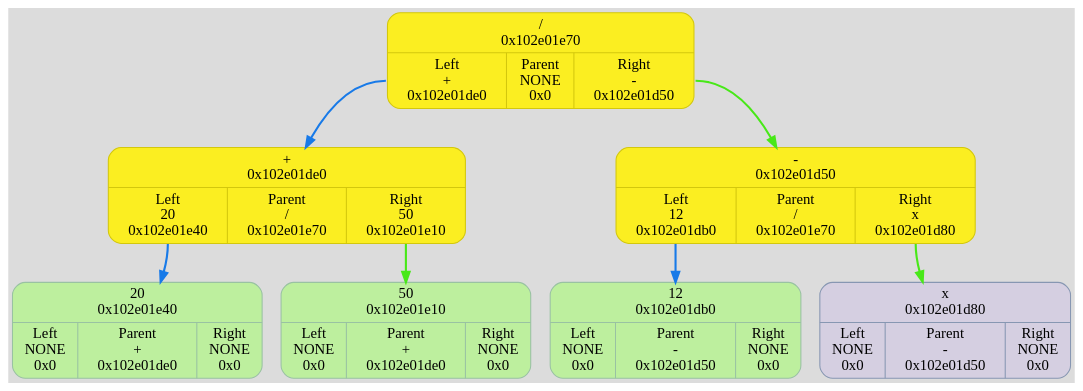
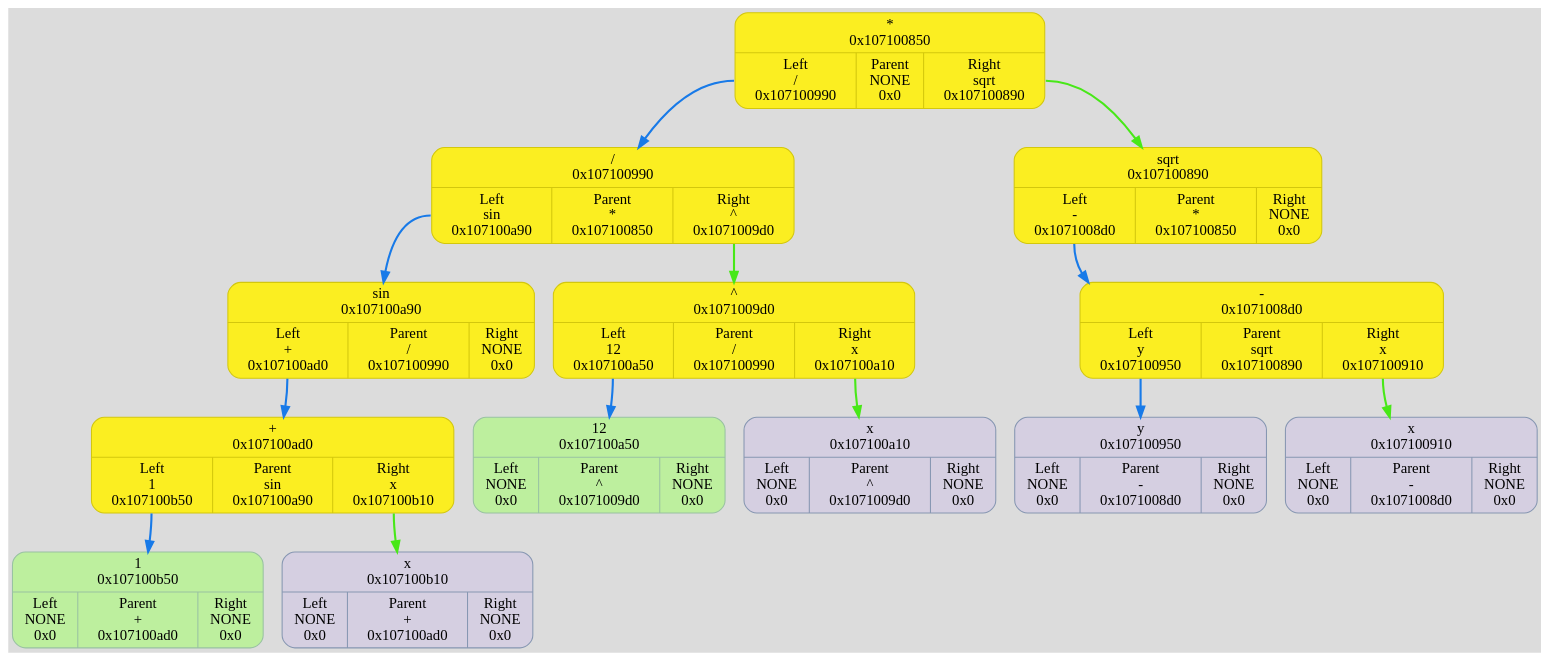
One commit to TolikRogov/Differentiator changed the diagram in dump/graph.dot. Above: the diagram before and after it, drawn with Graphviz. The commit also changed 20 other files, not shown here.

```diff
--- a/dump/graph.dot
+++ b/dump/graph.dot
@@ -1,18 +1,30 @@
 digraph {
 	fontname = "UbuntuMono";
 	bgcolor = "#DCDCDC";
 
-	node0x102e01e70 [ shape = Mrecord; style = filled; fillcolor = "#FBEE21"; color = "#D3C70D"; fontcolor = "#000000"; label = " { /\n0x102e01e70 | { <left> Left\n+\n0x102e01de0 | Parent\nNONE\n0x0 | <right> Right\n-\n0x102e01d50 } } "; ];
-	node0x102e01e70:<left> -> node0x102e01de0 [ style = "bold"; color = "#187AE8"; label = ""; ];
-	node0x102e01de0 [ shape = Mrecord; style = filled; fillcolor = "#FBEE21"; color = "#D3C70D"; fontcolor = "#000000"; label = " { +\n0x102e01de0 | { <left> Left\n20\n0x102e01e40 | Parent\n/\n0x102e01e70 | <right> Right\n50\n0x102e01e10 } } "; ];
-	node0x102e01de0:<left> -> node0x102e01e40 [ style = "bold"; color = "#187AE8"; label = ""; ];
-	node0x102e01e40 [ shape = Mrecord; style = filled; fillcolor = "#BDEF9E"; color = "#99c2a2"; fontcolor = "#000000"; label = " { 20\n0x102e01e40 | { <left> Left\nNONE\n0x0 | Parent\n+\n0x102e01de0 | <right> Right\nNONE\n0x0 } } "; ];
-	node0x102e01e10 [ shape = Mrecord; style = filled; fillcolor = "#BDEF9E"; color = "#99c2a2"; fontcolor = "#000000"; label = " { 50\n0x102e01e10 | { <left> Left\nNONE\n0x0 | Parent\n+\n0x102e01de0 | <right> Right\nNONE\n0x0 } } "; ];
-	node0x102e01de0:<right> -> node0x102e01e10 [ style = "bold"; color = "#48E818"; label = ""; ];
-	node0x102e01d50 [ shape = Mrecord; style = filled; fillcolor = "#FBEE21"; color = "#D3C70D"; fontcolor = "#000000"; label = " { -\n0x102e01d50 | { <left> Left\n12\n0x102e01db0 | Parent\n/\n0x102e01e70 | <right> Right\nx\n0x102e01d80 } } "; ];
-	node0x102e01d50:<left> -> node0x102e01db0 [ style = "bold"; color = "#187AE8"; label = ""; ];
-	node0x102e01db0 [ shape = Mrecord; style = filled; fillcolor = "#BDEF9E"; color = "#99c2a2"; fontcolor = "#000000"; label = " { 12\n0x102e01db0 | { <left> Left\nNONE\n0x0 | Parent\n-\n0x102e01d50 | <right> Right\nNONE\n0x0 } } "; ];
-	node0x102e01d80 [ shape = Mrecord; style = filled; fillcolor = "#D5CFE1"; color = "#8797b2"; fontcolor = "#000000"; label = " { x\n0x102e01d80 | { <left> Left\nNONE\n0x0 | Parent\n-\n0x102e01d50 | <right> Right\nNONE\n0x0 } } "; ];
-	node0x102e01d50:<right> -> node0x102e01d80 [ style = "bold"; color = "#48E818"; label = ""; ];
-	node0x102e01e70:<right> -> node0x102e01d50 [ style = "bold"; color = "#48E818"; label = ""; ];
+	node0x107100850 [ shape = Mrecord; style = filled; fillcolor = "#FBEE21"; color = "#D3C70D"; fontcolor = "#000000"; label = " { *\n0x107100850 | { <left> Left\n/\n0x107100990 | Parent\nNONE\n0x0 | <right> Right\nsqrt\n0x107100890 } } "; ];
+	node0x107100850:<left> -> node0x107100990 [ style = "bold"; color = "#187AE8"; label = ""; ];
+	node0x107100990 [ shape = Mrecord; style = filled; fillcolor = "#FBEE21"; color = "#D3C70D"; fontcolor = "#000000"; label = " { /\n0x107100990 | { <left> Left\nsin\n0x107100a90 | Parent\n*\n0x107100850 | <right> Right\n^\n0x1071009d0 } } "; ];
+	node0x107100990:<left> -> node0x107100a90 [ style = "bold"; color = "#187AE8"; label = ""; ];
+	node0x107100a90 [ shape = Mrecord; style = filled; fillcolor = "#FBEE21"; color = "#D3C70D"; fontcolor = "#000000"; label = " { sin\n0x107100a90 | { <left> Left\n+\n0x107100ad0 | Parent\n/\n0x107100990 | <right> Right\nNONE\n0x0 } } "; ];
+	node0x107100a90:<left> -> node0x107100ad0 [ style = "bold"; color = "#187AE8"; label = ""; ];
+	node0x107100ad0 [ shape = Mrecord; style = filled; fillcolor = "#FBEE21"; color = "#D3C70D"; fontcolor = "#000000"; label = " { +\n0x107100ad0 | { <left> Left\n1\n0x107100b50 | Parent\nsin\n0x107100a90 | <right> Right\nx\n0x107100b10 } } "; ];
+	node0x107100ad0:<left> -> node0x107100b50 [ style = "bold"; color = "#187AE8"; label = ""; ];
+	node0x107100b50 [ shape = Mrecord; style = filled; fillcolor = "#BDEF9E"; color = "#99c2a2"; fontcolor = "#000000"; label = " { 1\n0x107100b50 | { <left> Left\nNONE\n0x0 | Parent\n+\n0x107100ad0 | <right> Right\nNONE\n0x0 } } "; ];
+	node0x107100b10 [ shape = Mrecord; style = filled; fillcolor = "#D5CFE1"; color = "#8797b2"; fontcolor = "#000000"; label = " { x\n0x107100b10 | { <left> Left\nNONE\n0x0 | Parent\n+\n0x107100ad0 | <right> Right\nNONE\n0x0 } } "; ];
+	node0x107100ad0:<right> -> node0x107100b10 [ style = "bold"; color = "#48E818"; label = ""; ];
+	node0x1071009d0 [ shape = Mrecord; style = filled; fillcolor = "#FBEE21"; color = "#D3C70D"; fontcolor = "#000000"; label = " { ^\n0x1071009d0 | { <left> Left\n12\n0x107100a50 | Parent\n/\n0x107100990 | <right> Right\nx\n0x107100a10 } } "; ];
+	node0x1071009d0:<left> -> node0x107100a50 [ style = "bold"; color = "#187AE8"; label = ""; ];
+	node0x107100a50 [ shape = Mrecord; style = filled; fillcolor = "#BDEF9E"; color = "#99c2a2"; fontcolor = "#000000"; label = " { 12\n0x107100a50 | { <left> Left\nNONE\n0x0 | Parent\n^\n0x1071009d0 | <right> Right\nNONE\n0x0 } } "; ];
+	node0x107100a10 [ shape = Mrecord; style = filled; fillcolor = "#D5CFE1"; color = "#8797b2"; fontcolor = "#000000"; label = " { x\n0x107100a10 | { <left> Left\nNONE\n0x0 | Parent\n^\n0x1071009d0 | <right> Right\nNONE\n0x0 } } "; ];
+	node0x1071009d0:<right> -> node0x107100a10 [ style = "bold"; color = "#48E818"; label = ""; ];
+	node0x107100990:<right> -> node0x1071009d0 [ style = "bold"; color = "#48E818"; label = ""; ];
+	node0x107100890 [ shape = Mrecord; style = filled; fillcolor = "#FBEE21"; color = "#D3C70D"; fontcolor = "#000000"; label = " { sqrt\n0x107100890 | { <left> Left\n-\n0x1071008d0 | Parent\n*\n0x107100850 | <right> Right\nNONE\n0x0 } } "; ];
+	node0x107100890:<left> -> node0x1071008d0 [ style = "bold"; color = "#187AE8"; label = ""; ];
+	node0x1071008d0 [ shape = Mrecord; style = filled; fillcolor = "#FBEE21"; color = "#D3C70D"; fontcolor = "#000000"; label = " { -\n0x1071008d0 | { <left> Left\ny\n0x107100950 | Parent\nsqrt\n0x107100890 | <right> Right\nx\n0x107100910 } } "; ];
+	node0x1071008d0:<left> -> node0x107100950 [ style = "bold"; color = "#187AE8"; label = ""; ];
+	node0x107100950 [ shape = Mrecord; style = filled; fillcolor = "#D5CFE1"; color = "#8797b2"; fontcolor = "#000000"; label = " { y\n0x107100950 | { <left> Left\nNONE\n0x0 | Parent\n-\n0x1071008d0 | <right> Right\nNONE\n0x0 } } "; ];
+	node0x107100910 [ shape = Mrecord; style = filled; fillcolor = "#D5CFE1"; color = "#8797b2"; fontcolor = "#000000"; label = " { x\n0x107100910 | { <left> Left\nNONE\n0x0 | Parent\n-\n0x1071008d0 | <right> Right\nNONE\n0x0 } } "; ];
+	node0x1071008d0:<right> -> node0x107100910 [ style = "bold"; color = "#48E818"; label = ""; ];
+	node0x107100850:<right> -> node0x107100890 [ style = "bold"; color = "#48E818"; label = ""; ];
 }
```
